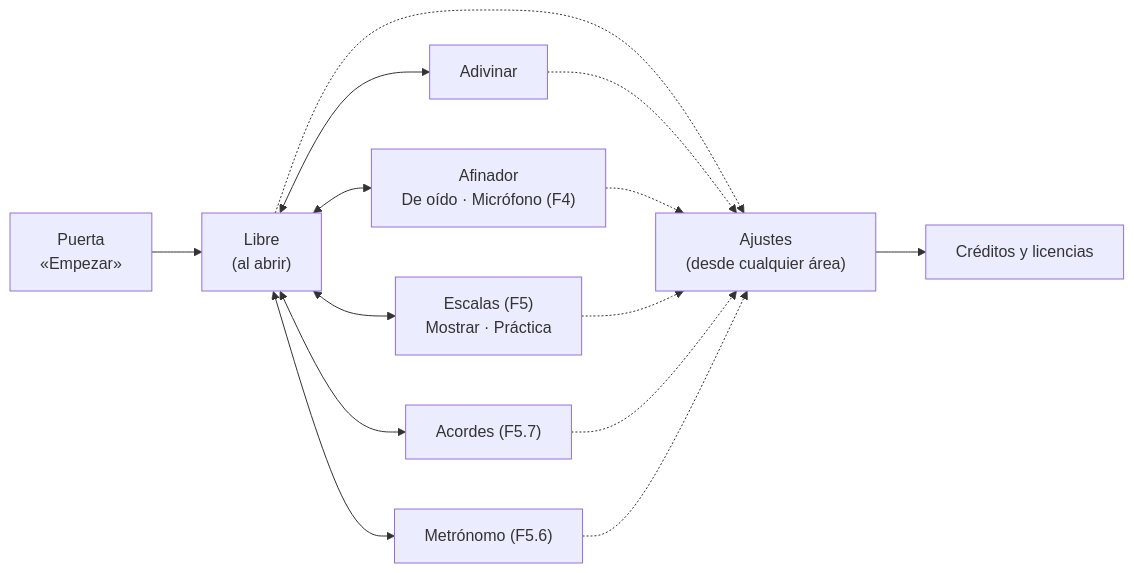
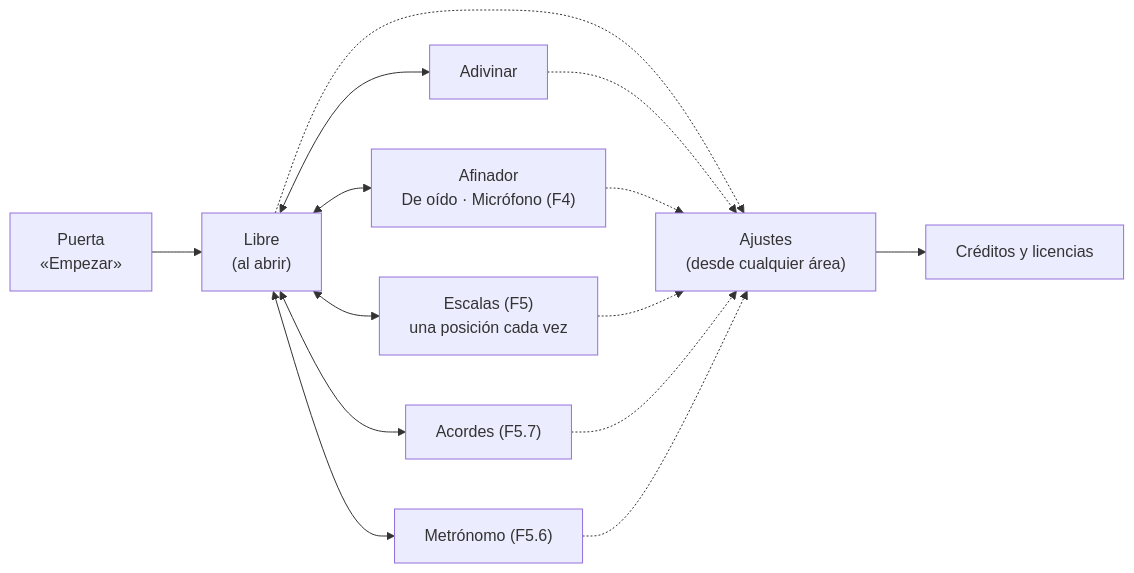
The diagram in docs/interfaz.md (pdigue/guitarra), drawn with Mermaid before and after one commit. The commit also changed other lines of this file and 2 other files, not shown here.

````diff
--- a/docs/interfaz.md
+++ b/docs/interfaz.md
@@ -48,11 +48,11 @@
 ```mermaid
 flowchart LR
   P["Puerta<br/>«Empezar»"] --> L["Libre<br/>(al abrir)"]
   L <--> A["Adivinar"]
   L <--> F["Afinador<br/>De oído · Micrófono (F4)"]
-  L <--> E["Escalas (F5)<br/>Mostrar · Práctica"]
+  L <--> E["Escalas (F5)<br/>una posición cada vez"]
   L <--> K["Acordes (F5.7)"]
   L <--> M["Metrónomo (F5.6)"]
   L & A & F & E & K & M -.-> S["Ajustes<br/>(desde cualquier área)"]
   S --> C["Créditos y licencias"]
 ```
````
